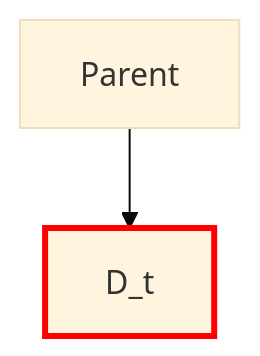
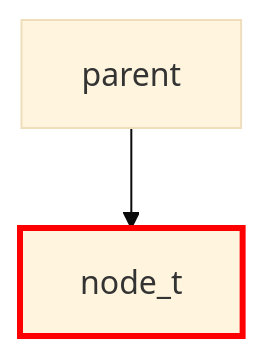
The tenth of 21 diagrams in slides/02-dt.qmd (w4bo/AA2627-unibo-mldm), drawn with Mermaid (base theme) before and after one commit. The commit also changed other lines of this file and 1 other file, not shown here.

````diff
--- a/slides/02-dt.qmd
+++ b/slides/02-dt.qmd
@@ -399,8 +399,8 @@
 ```{mermaid}
 %%| echo: false
 flowchart TD
-    A["Parent"]-->B
-    B["D_t"]
+    A["parent"]-->B
+    B["node_t"]
 
     style B stroke:#ff0000,stroke-width:3px
 ```
````
